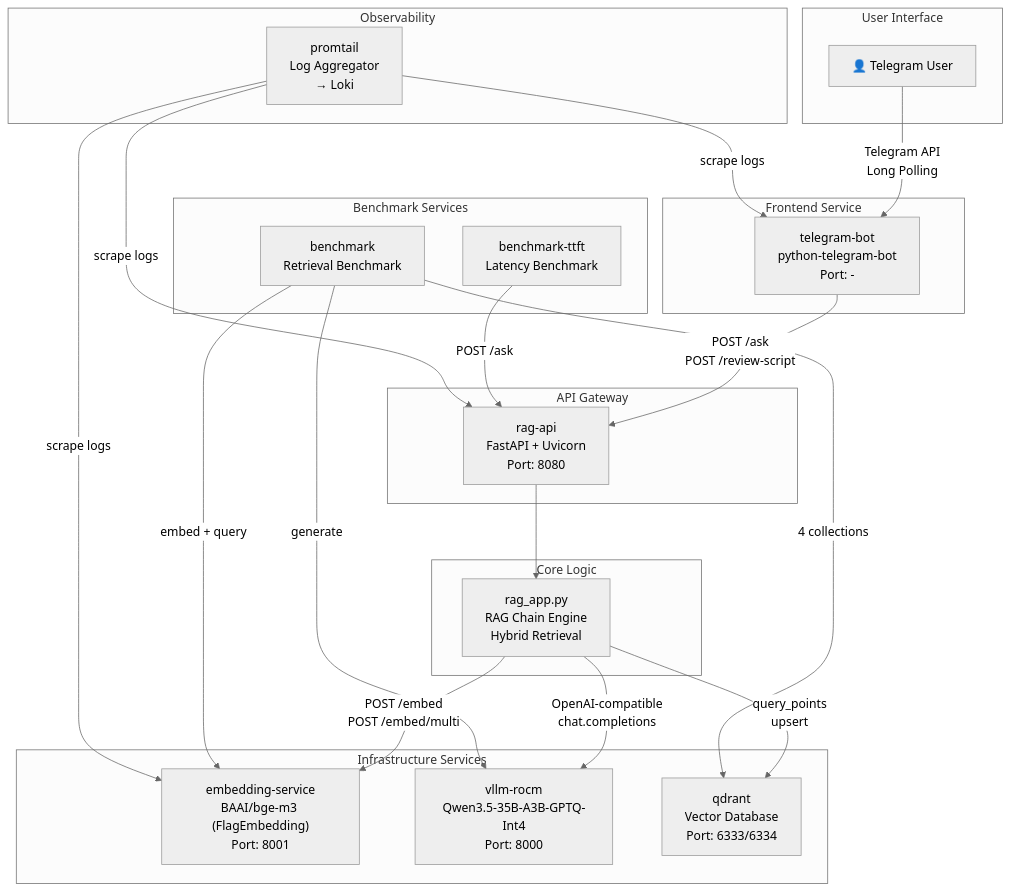
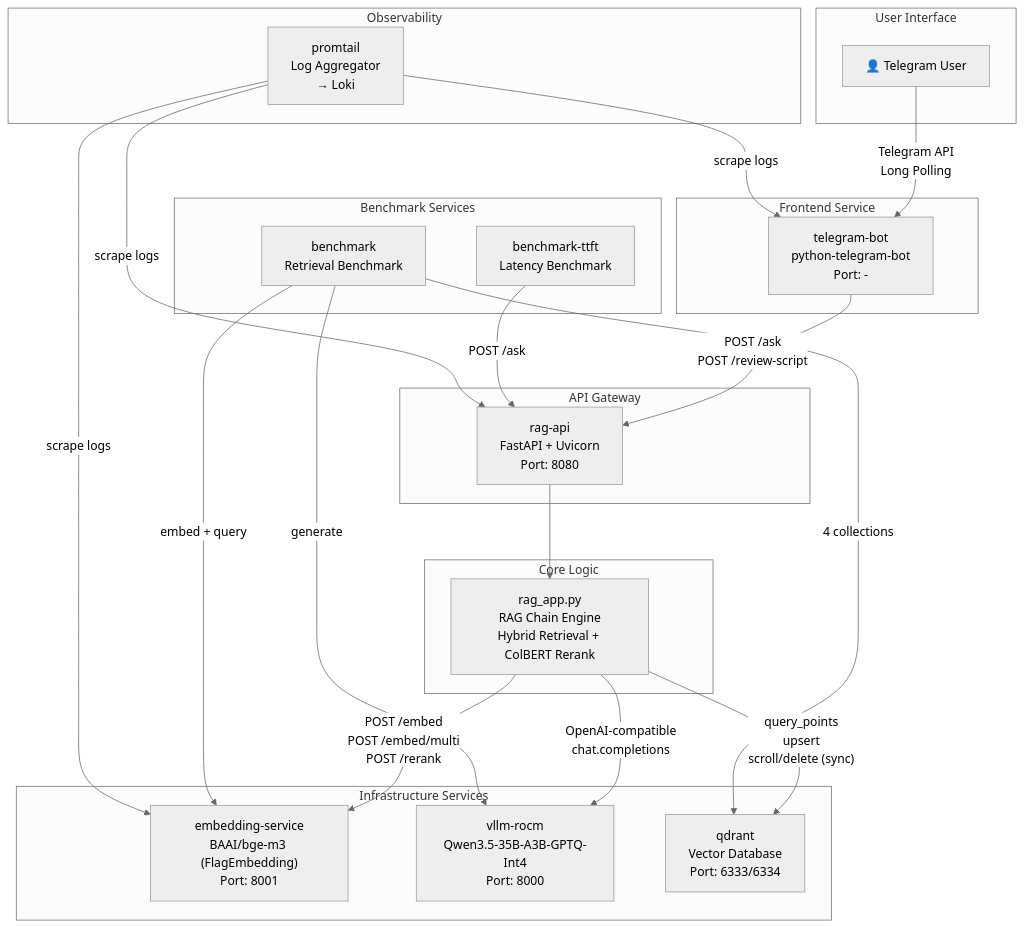
One commit to kristonova/rag-for-l1-aleleon-hpc-support changed the first of 13 diagrams in docs/MICROSERVICES_ARCHITECTURE.md. Above: the diagram before and after it, drawn with Mermaid (neutral theme). The commit also changed other lines of this file, not shown here.

Commit message:
docs: add microservices architecture documentation and archive rag_slurm_vllm.py script

````diff
--- a/docs/MICROSERVICES_ARCHITECTURE.md
+++ b/docs/MICROSERVICES_ARCHITECTURE.md
@@ -9,47 +9,47 @@
 ```mermaid
 graph TB
     subgraph "User Interface"
         TG["👤 Telegram User"]
     end
 
     subgraph "Frontend Service"
         TB["telegram-bot<br/>python-telegram-bot<br/>Port: -"]
     end
 
     subgraph "API Gateway"
         API["rag-api<br/>FastAPI + Uvicorn<br/>Port: 8080"]
     end
 
     subgraph "Core Logic"
-        RAG["rag_app.py<br/>RAG Chain Engine<br/>Hybrid Retrieval"]
+        RAG["rag_app.py<br/>RAG Chain Engine<br/>Hybrid Retrieval + ColBERT Rerank"]
     end
 
     subgraph "Infrastructure Services"
         EMB["embedding-service<br/>BAAI/bge-m3 (FlagEmbedding)<br/>Port: 8001"]
         VLLM["vllm-rocm<br/>Qwen3.5-35B-A3B-GPTQ-Int4<br/>Port: 8000"]
         QD["qdrant<br/>Vector Database<br/>Port: 6333/6334"]
     end
 
     subgraph "Observability"
         PROM["promtail<br/>Log Aggregator<br/>→ Loki"]
     end
 
     subgraph "Benchmark Services"
         BR["benchmark<br/>Retrieval Benchmark"]
         BT["benchmark-ttft<br/>Latency Benchmark"]
     end
 
     TG -->|"Telegram API<br/>Long Polling"| TB
     TB -->|"POST /ask<br/>POST /review-script"| API
     API --> RAG
-    RAG -->|"POST /embed<br/>POST /embed/multi"| EMB
+    RAG -->|"POST /embed<br/>POST /embed/multi<br/>POST /rerank"| EMB
     RAG -->|"OpenAI-compatible<br/>chat.completions"| VLLM
-    RAG -->|"query_points<br/>upsert"| QD
+    RAG -->|"query_points<br/>upsert<br/>scroll/delete (sync)"| QD
     BR -->|"embed + query"| EMB
     BR -->|"generate"| VLLM
     BR -->|"4 collections"| QD
     BT -->|"POST /ask"| API
     PROM -->|"scrape logs"| TB
     PROM -->|"scrape logs"| API
     PROM -->|"scrape logs"| EMB
 ```
````
